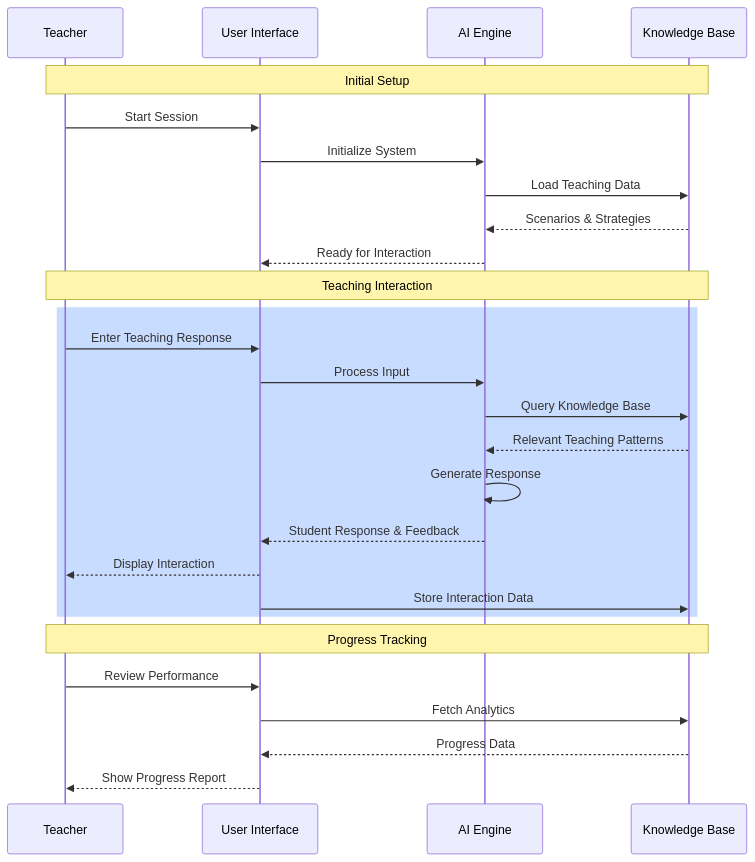
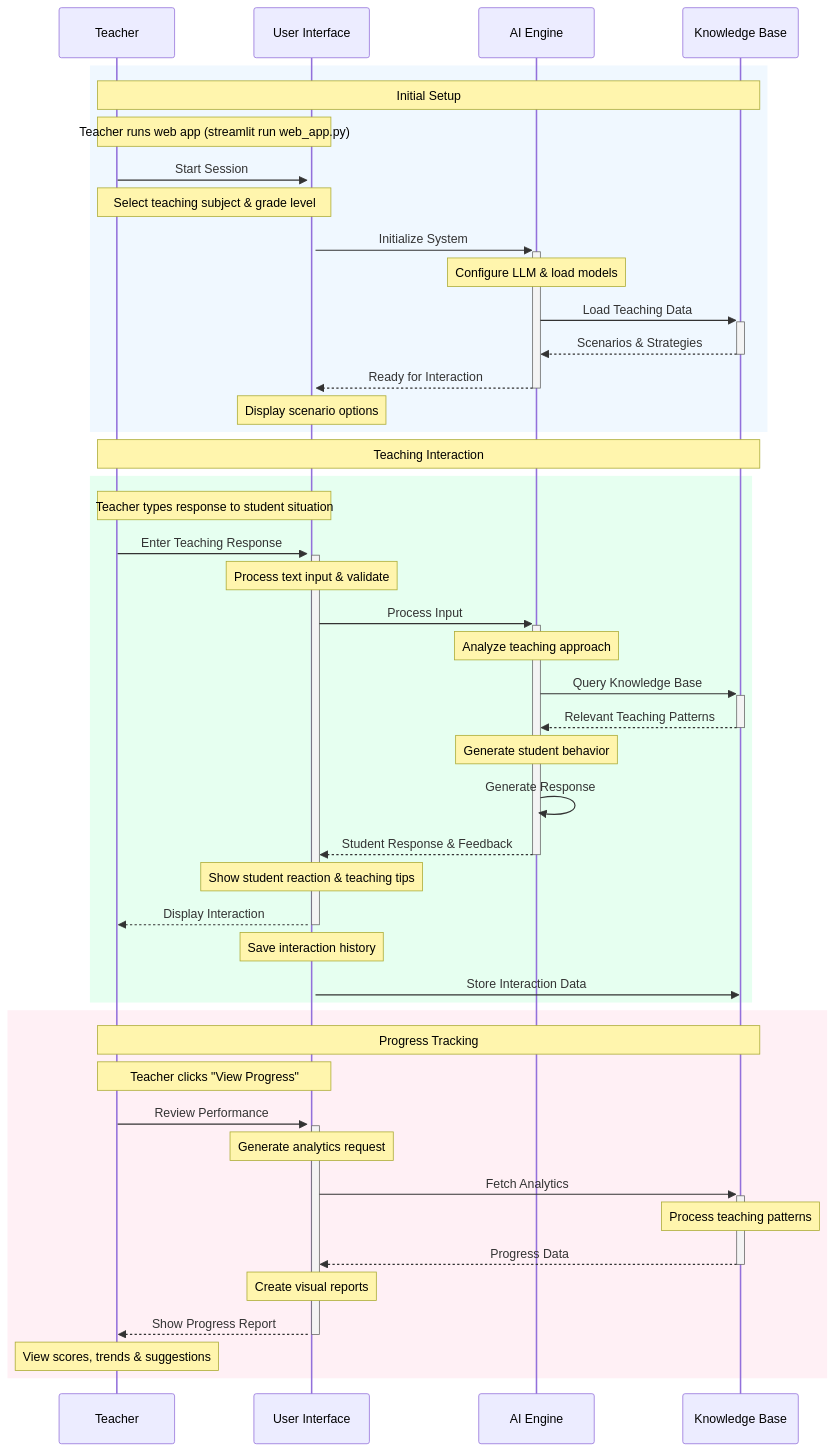
The diagram in README.md (UVU-AI-Innovate/teacher-training-chatbot), drawn with Mermaid before and after one commit. The commit also changed other lines of this file, not shown here.

Commit message:
Update README with enhanced sequence diagram and interaction details
- Refactor Mermaid sequence diagram with more detailed interaction steps
- Add visual styling and annotations to clarify system workflow
- Remove team contribution sections to focus on technical architecture
- Preserve core system description and component interactions

````diff
--- a/README.md
+++ b/README.md
@@ -7,32 +7,52 @@
 ```mermaid
 sequenceDiagram
-    participant Teacher
+    participant T as Teacher
     participant UI as User Interface
     participant Engine as AI Engine
     participant KB as Knowledge Base
     
-    Note over Teacher,KB: Initial Setup
-    Teacher->>UI: Start Session
-    UI->>Engine: Initialize System
-    Engine->>KB: Load Teaching Data
-    KB-->>Engine: Scenarios & Strategies
-    Engine-->>UI: Ready for Interaction
+    %% Styling
+    rect rgb(240, 248, 255)
+        Note over T,KB: Initial Setup
+        Note over T,UI: Teacher runs web app (streamlit run web_app.py)
+        T->>+UI: Start Session
+        Note over T,UI: Select teaching subject & grade level
+        UI->>+Engine: Initialize System
+        Note over Engine: Configure LLM & load models
+        Engine->>+KB: Load Teaching Data
+        KB-->>-Engine: Scenarios & Strategies
+        Engine-->>-UI: Ready for Interaction
+        Note over UI: Display scenario options
+    end
     
-    Note over Teacher,KB: Teaching Interaction
-    rect rgb(200, 220, 255)
-        Teacher->>UI: Enter Teaching Response
-        UI->>Engine: Process Input
-        Engine->>KB: Query Knowledge Base
-        KB-->>Engine: Relevant Teaching Patterns
+    Note over T,KB: Teaching Interaction
+    rect rgb(230, 255, 240)
+        Note over T,UI: Teacher types response to student situation
+        T->>+UI: Enter Teaching Response
+        Note over UI: Process text input & validate
+        UI->>+Engine: Process Input
+        Note over Engine: Analyze teaching approach
+        Engine->>+KB: Query Knowledge Base
+        KB-->>-Engine: Relevant Teaching Patterns
+        Note over Engine: Generate student behavior
         Engine->>Engine: Generate Response
-        Engine-->>UI: Student Response & Feedback
-        UI-->>Teacher: Display Interaction
+        Engine-->>-UI: Student Response & Feedback
+        Note over UI: Show student reaction & teaching tips
+        UI-->>-T: Display Interaction
+        Note over UI: Save interaction history
         UI->>KB: Store Interaction Data
     end
     
-    Note over Teacher,KB: Progress Tracking
-    Teacher->>UI: Review Performance
-    UI->>KB: Fetch Analytics
-    KB-->>UI: Progress Data
-    UI-->>Teacher: Show Progress Report
+    rect rgb(255, 240, 245)
+        Note over T,KB: Progress Tracking
+        Note over T,UI: Teacher clicks "View Progress"
+        T->>+UI: Review Performance
+        Note over UI: Generate analytics request
+        UI->>+KB: Fetch Analytics
+        Note over KB: Process teaching patterns
+        KB-->>-UI: Progress Data
+        Note over UI: Create visual reports
+        UI-->>-T: Show Progress Report
+        Note over T: View scores, trends & suggestions
+    end
 ```
````
